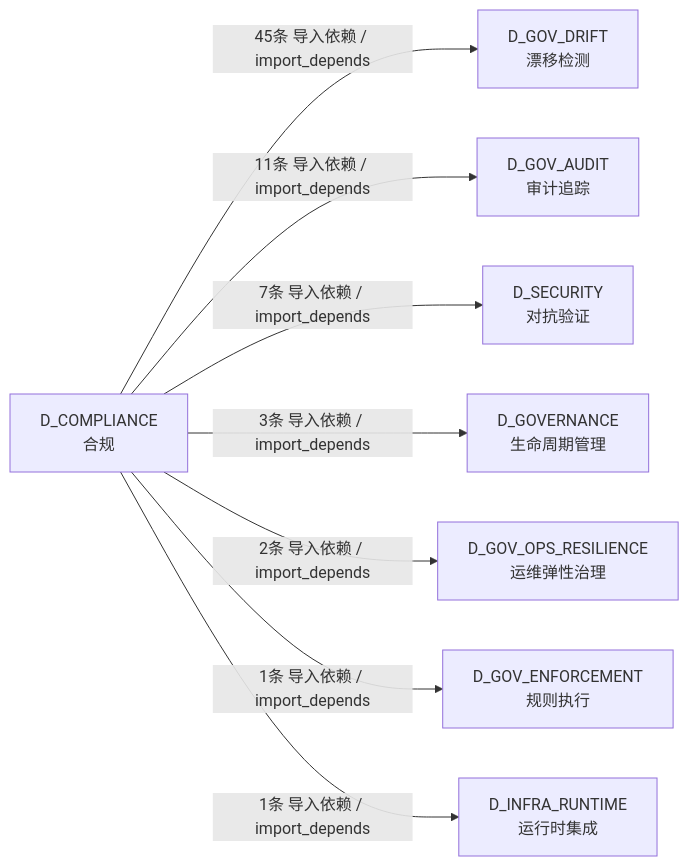
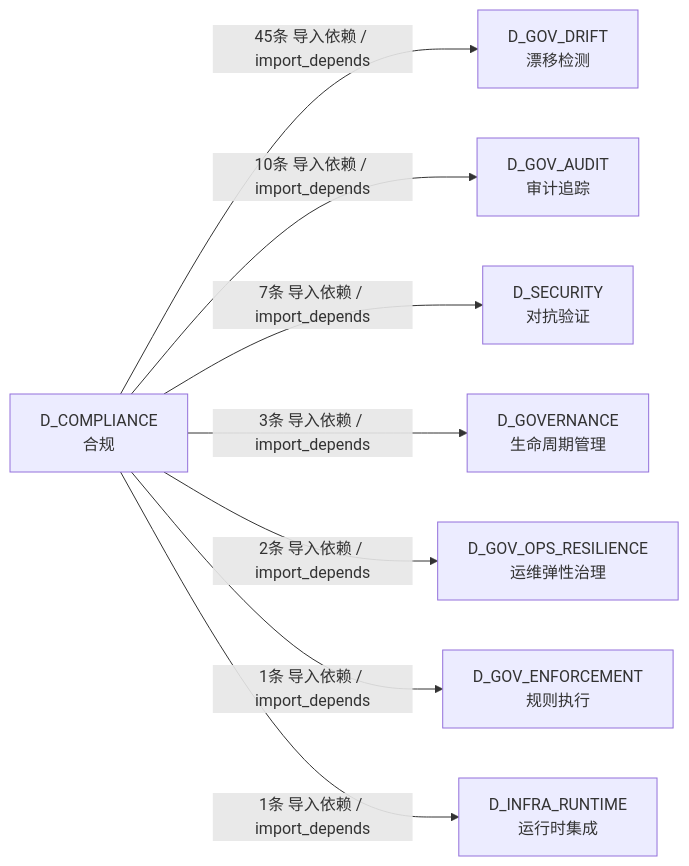
Before and after one commit to xuanFelixVan/ZephyrAlpha: the third of 3 diagrams in docs/02_enterprise_architecture/02_domain_architecture_docs/60_d_compliance.md, drawn with Mermaid. The commit also changed other lines of this file and 126 other files, not shown here.

````diff
--- a/docs/02_enterprise_architecture/02_domain_architecture_docs/60_d_compliance.md
+++ b/docs/02_enterprise_architecture/02_domain_architecture_docs/60_d_compliance.md
@@ -300,18 +298,18 @@
 ```mermaid
 graph LR
     D_COMPLIANCE["D_COMPLIANCE<br/>合规"]
     D_GOV_DRIFT["D_GOV_DRIFT<br/>漂移检测"]
     D_GOV_AUDIT["D_GOV_AUDIT<br/>审计追踪"]
     D_SECURITY["D_SECURITY<br/>对抗验证"]
     D_GOVERNANCE["D_GOVERNANCE<br/>生命周期管理"]
     D_GOV_OPS_RESILIENCE["D_GOV_OPS_RESILIENCE<br/>运维弹性治理"]
     D_GOV_ENFORCEMENT["D_GOV_ENFORCEMENT<br/>规则执行"]
     D_INFRA_RUNTIME["D_INFRA_RUNTIME<br/>运行时集成"]
     D_COMPLIANCE -->|45条 导入依赖 / import_depends| D_GOV_DRIFT
-    D_COMPLIANCE -->|11条 导入依赖 / import_depends| D_GOV_AUDIT
+    D_COMPLIANCE -->|10条 导入依赖 / import_depends| D_GOV_AUDIT
     D_COMPLIANCE -->|7条 导入依赖 / import_depends| D_SECURITY
     D_COMPLIANCE -->|3条 导入依赖 / import_depends| D_GOVERNANCE
     D_COMPLIANCE -->|2条 导入依赖 / import_depends| D_GOV_OPS_RESILIENCE
     D_COMPLIANCE -->|1条 导入依赖 / import_depends| D_GOV_ENFORCEMENT
     D_COMPLIANCE -->|1条 导入依赖 / import_depends| D_INFRA_RUNTIME
 ```
````
